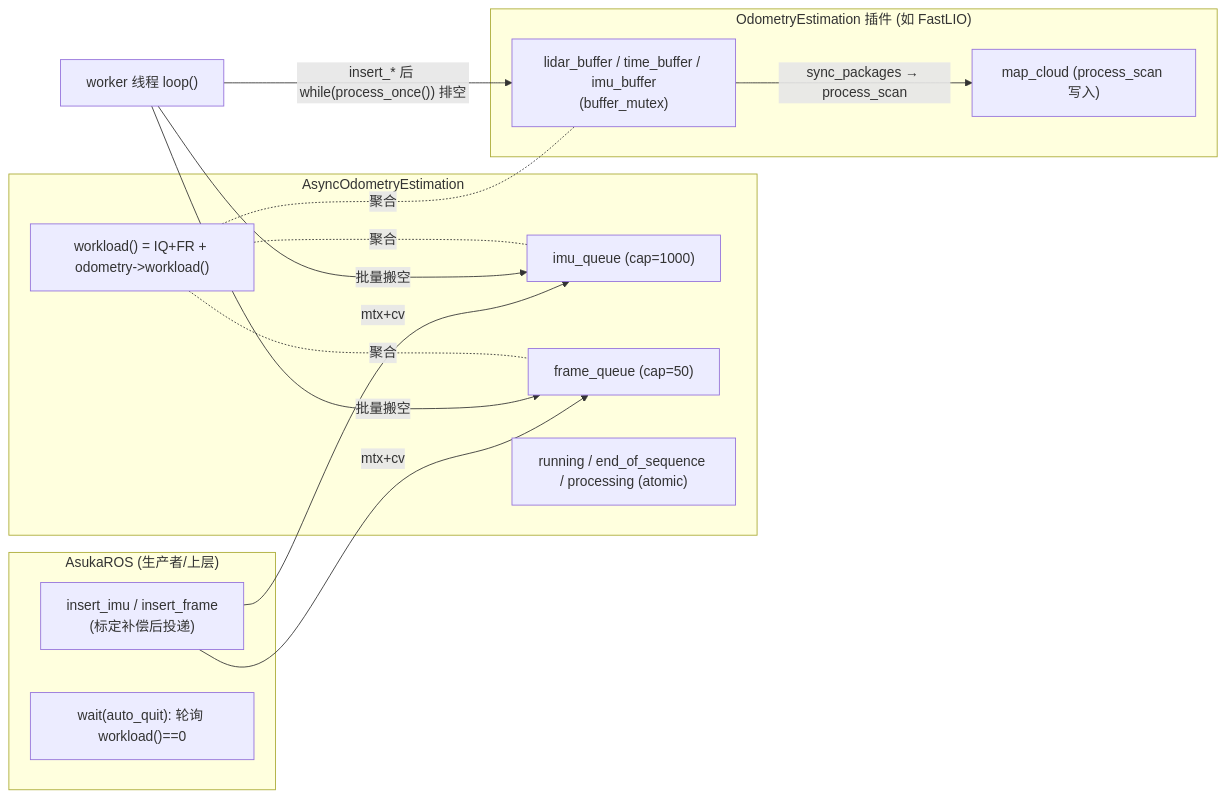
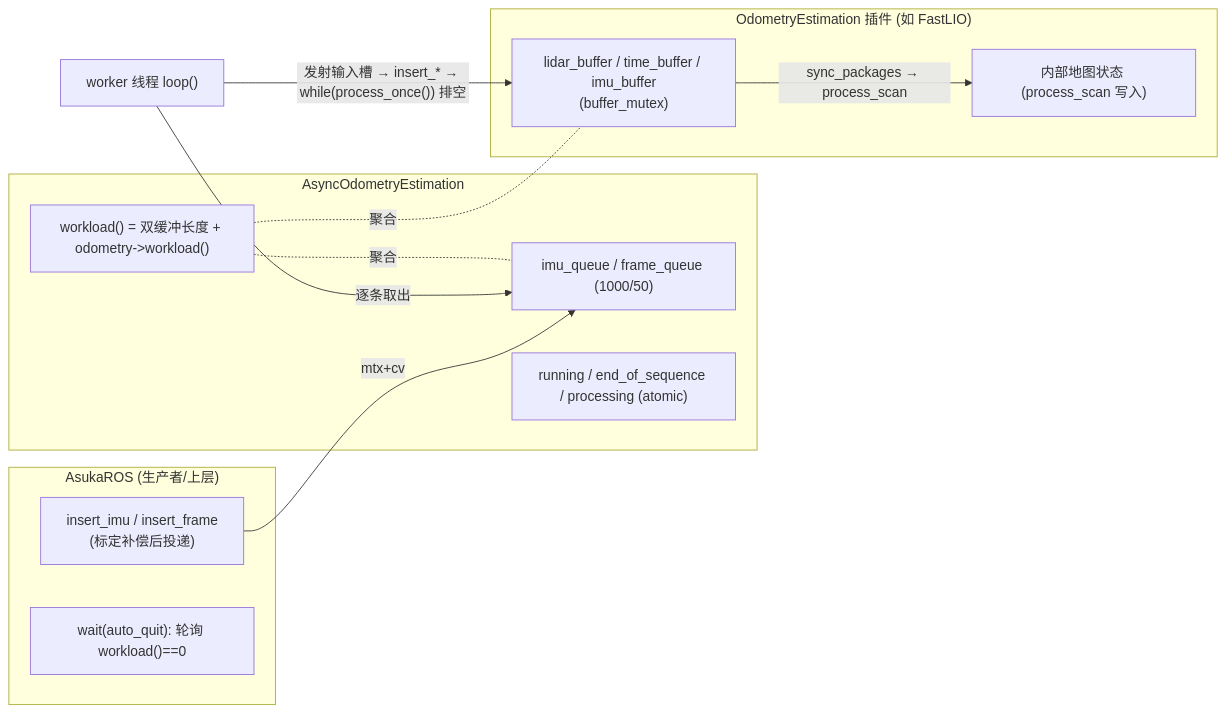
The first of 2 diagrams in docs/wiki/dataflow/03.md (AphroraC/asuka), drawn with Mermaid before and after one commit. The commit also changed other lines of this file and 30 other files, not shown here.

````diff
--- a/docs/wiki/dataflow/03.md
+++ b/docs/wiki/dataflow/03.md
@@ -40,26 +40,22 @@
 ```mermaid
 flowchart LR
     subgraph ROS层["AsukaROS (生产者/上层)"]
         P["insert_imu / insert_frame<br/>(标定补偿后投递)"]
         W1["wait(auto_quit): 轮询 workload()==0"]
     end
     subgraph 缓冲层["AsyncOdometryEstimation"]
-        IQ["imu_queue (cap=1000)"]
-        FQ["frame_queue (cap=50)"]
+        Q["imu_queue / frame_queue (1000/50)"]
         FL["running / end_of_sequence / processing (atomic)"]
-        WL["workload() = IQ+FR + odometry->workload()"]
+        WL["workload() = 双缓冲长度 + odometry->workload()"]
     end
     subgraph 算法层["OdometryEstimation 插件 (如 FastLIO)"]
         IB["lidar_buffer / time_buffer / imu_buffer<br/>(buffer_mutex)"]
-        MC["map_cloud (process_scan 写入)"]
+        MC["内部地图状态 (process_scan 写入)"]
     end
-    P -->|"mtx+cv"| IQ
-    P -->|"mtx+cv"| FQ
-    WK["worker 线程 loop()"] -->|"批量搬空"| IQ
-    WK -->|"批量搬空"| FQ
-    WK -->|"insert_* 后 while(process_once()) 排空"| IB
+    P -->|"mtx+cv"| Q
+    WK["worker 线程 loop()"] -->|"逐条取出"| Q
+    WK -->|"发射输入槽 → insert_* → while(process_once()) 排空"| IB
     IB -->|"sync_packages → process_scan"| MC
-    WL -.聚合.- IQ
-    WL -.聚合.- FQ
+    WL -.聚合.- Q
     WL -.聚合.- IB
 ```
````
